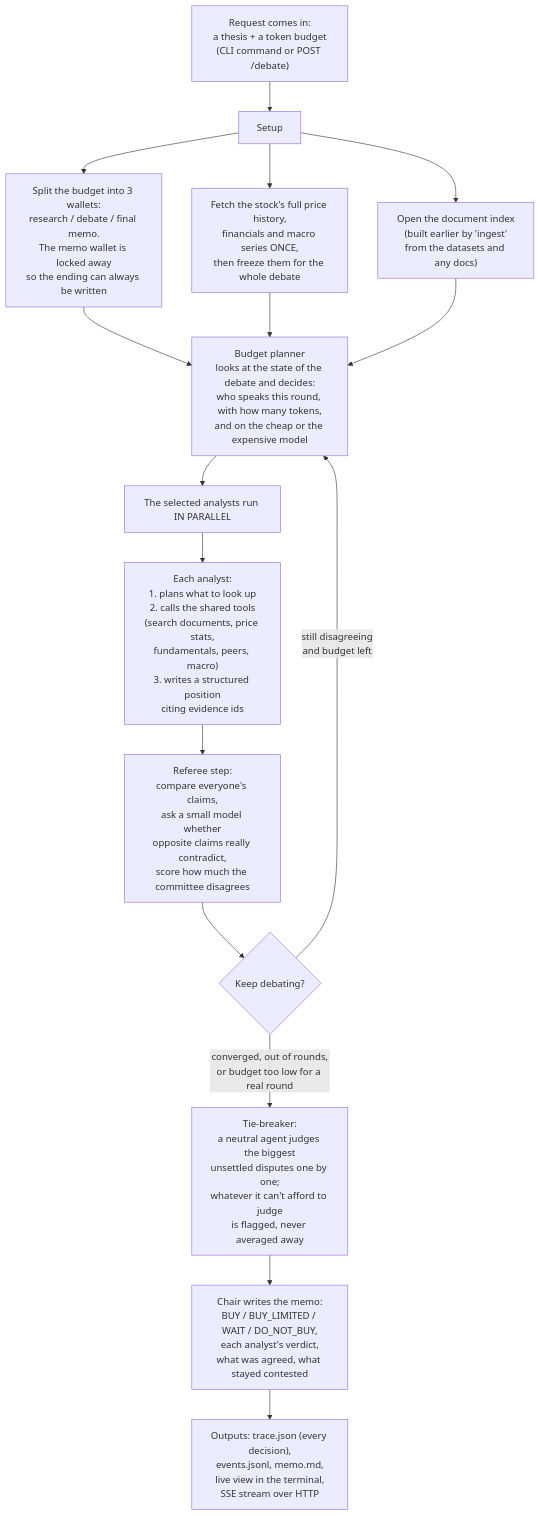
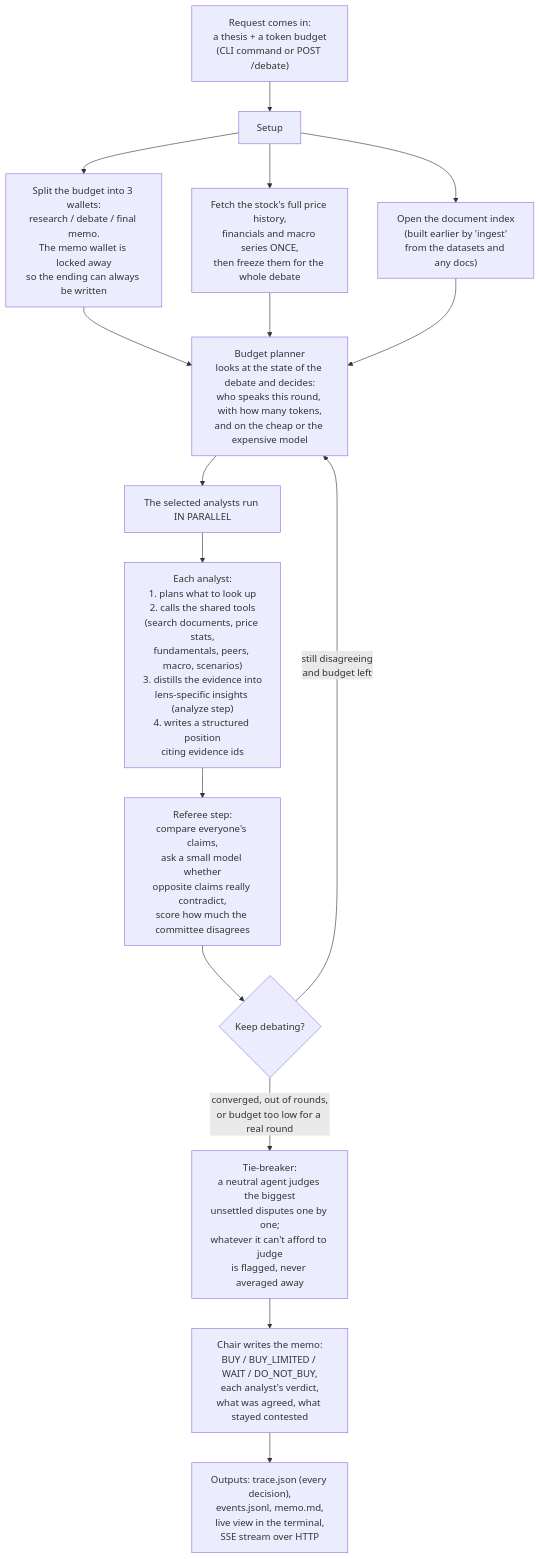
Before and after one commit to irohanrajput/debate: the first of 2 diagrams in README.md, drawn with Mermaid. The commit also changed other lines of this file and 8 other files, not shown here.

Commit message:
feat: explicit analyze step between research and argument

````diff
--- a/README.md
+++ b/README.md
@@ -41,18 +41,18 @@
 ```mermaid
 flowchart TD
     A["Request comes in:<br>a thesis + a token budget<br>(CLI command or POST /debate)"] --> B["Setup"]
     B --> B1["Split the budget into 3 wallets:<br>research / debate / final memo.<br>The memo wallet is locked away<br>so the ending can always be written"]
     B --> B2["Fetch the stock's full price history,<br>financials and macro series ONCE,<br>then freeze them for the whole debate"]
     B --> B3["Open the document index<br>(built earlier by 'ingest'<br>from the datasets and any docs)"]
     B1 --> C["Budget planner<br>looks at the state of the debate and decides:<br>who speaks this round, with how many tokens,<br>and on the cheap or the expensive model"]
     B2 --> C
     B3 --> C
     C --> D["The selected analysts run IN PARALLEL"]
-    D --> D1["Each analyst:<br>1. plans what to look up<br>2. calls the shared tools<br>(search documents, price stats,<br>fundamentals, peers, macro)<br>3. writes a structured position<br>citing evidence ids"]
+    D --> D1["Each analyst:<br>1. plans what to look up<br>2. calls the shared tools<br>(search documents, price stats,<br>fundamentals, peers, macro, scenarios)<br>3. distills the evidence into<br>lens-specific insights (analyze step)<br>4. writes a structured position<br>citing evidence ids"]
     D1 --> E["Referee step:<br>compare everyone's claims,<br>ask a small model whether<br>opposite claims really contradict,<br>score how much the committee disagrees"]
     E --> F{"Keep debating?"}
     F -- "still disagreeing<br>and budget left" --> C
     F -- "converged, out of rounds,<br>or budget too low for a real round" --> G["Tie-breaker:<br>a neutral agent judges the biggest<br>unsettled disputes one by one;<br>whatever it can't afford to judge<br>is flagged, never averaged away"]
     G --> H["Chair writes the memo:<br>BUY / BUY_LIMITED / WAIT / DO_NOT_BUY,<br>each analyst's verdict,<br>what was agreed, what stayed contested"]
     H --> I["Outputs: trace.json (every decision),<br>events.jsonl, memo.md,<br>live view in the terminal,<br>SSE stream over HTTP"]
 ```
````
